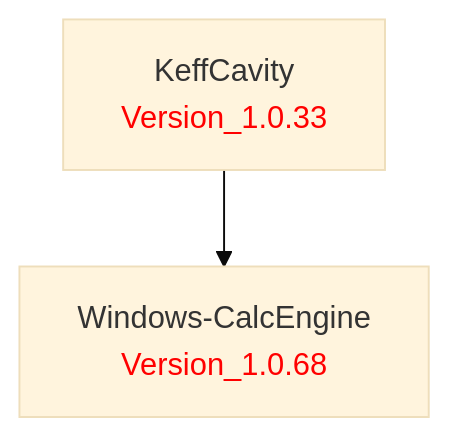
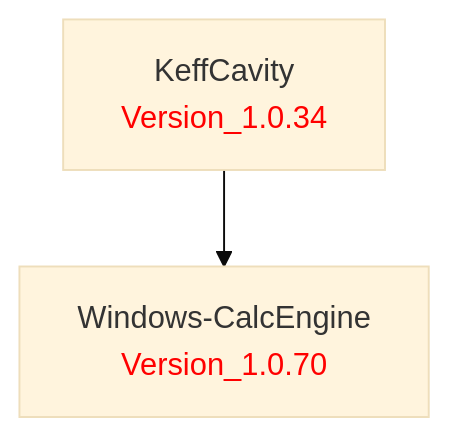
One commit to LBNL-ETA/KeffCavity changed the diagram in doc/KeffCavity.md. Above: the diagram before and after it, drawn with Mermaid (base theme). The commit also changed 1 other file, not shown here.

Commit message:
Bump to v1.0.34, update WCE to Version_1.0.70, export WCE branch property

````diff
--- a/doc/KeffCavity.md
+++ b/doc/KeffCavity.md
@@ -1,9 +1,9 @@
 ```mermaid
 graph TD
     %% Package definitions
-    KeffCavity[KeffCavity<br/><font color='red'>Version_1.0.33</font>]
-    WindowsCalcEngine[Windows-CalcEngine<br/><font color='red'>Version_1.0.68</font>]
+    KeffCavity[KeffCavity<br/><font color='red'>Version_1.0.34</font>]
+    WindowsCalcEngine[Windows-CalcEngine<br/><font color='red'>Version_1.0.70</font>]
 
     %% Package relations
     KeffCavity --> WindowsCalcEngine
 ```
````
